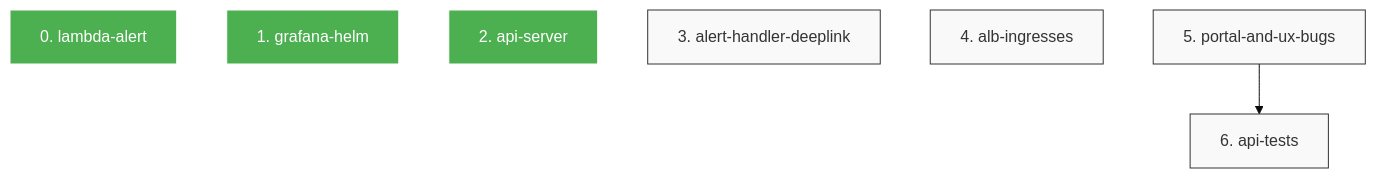
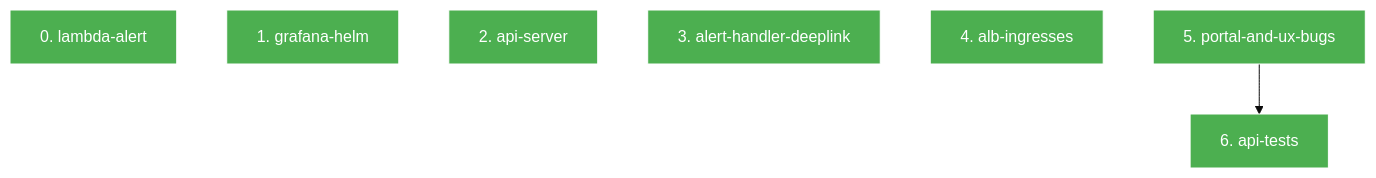
The diagram in phases/4-serving/DAG.md (masondev1024/robot-data-pipeline), drawn with Mermaid (base theme) before and after one commit. The commit also changed 6 other files, not shown here.

````diff
--- a/phases/4-serving/DAG.md
+++ b/phases/4-serving/DAG.md
@@ -3,22 +3,22 @@
 ```mermaid
 graph TD
   classDef completed fill:#4CAF50,stroke:#fff,color:#fff;
   classDef pending fill:#f9f9f9,stroke:#333;
   classDef error fill:#f44336,stroke:#fff,color:#fff;
   classDef blocked fill:#FF9800,stroke:#fff,color:#fff;
   S0["0. lambda-alert"]
   class S0 completed;
   S1["1. grafana-helm"]
   class S1 completed;
   S2["2. api-server"]
   class S2 completed;
   S3["3. alert-handler-deeplink"]
-  class S3 pending;
+  class S3 completed;
   S4["4. alb-ingresses"]
-  class S4 pending;
+  class S4 completed;
   S5["5. portal-and-ux-bugs"]
-  class S5 pending;
+  class S5 completed;
   S6["6. api-tests"]
-  class S6 pending;
+  class S6 completed;
   S5 --> S6
 ```
````
